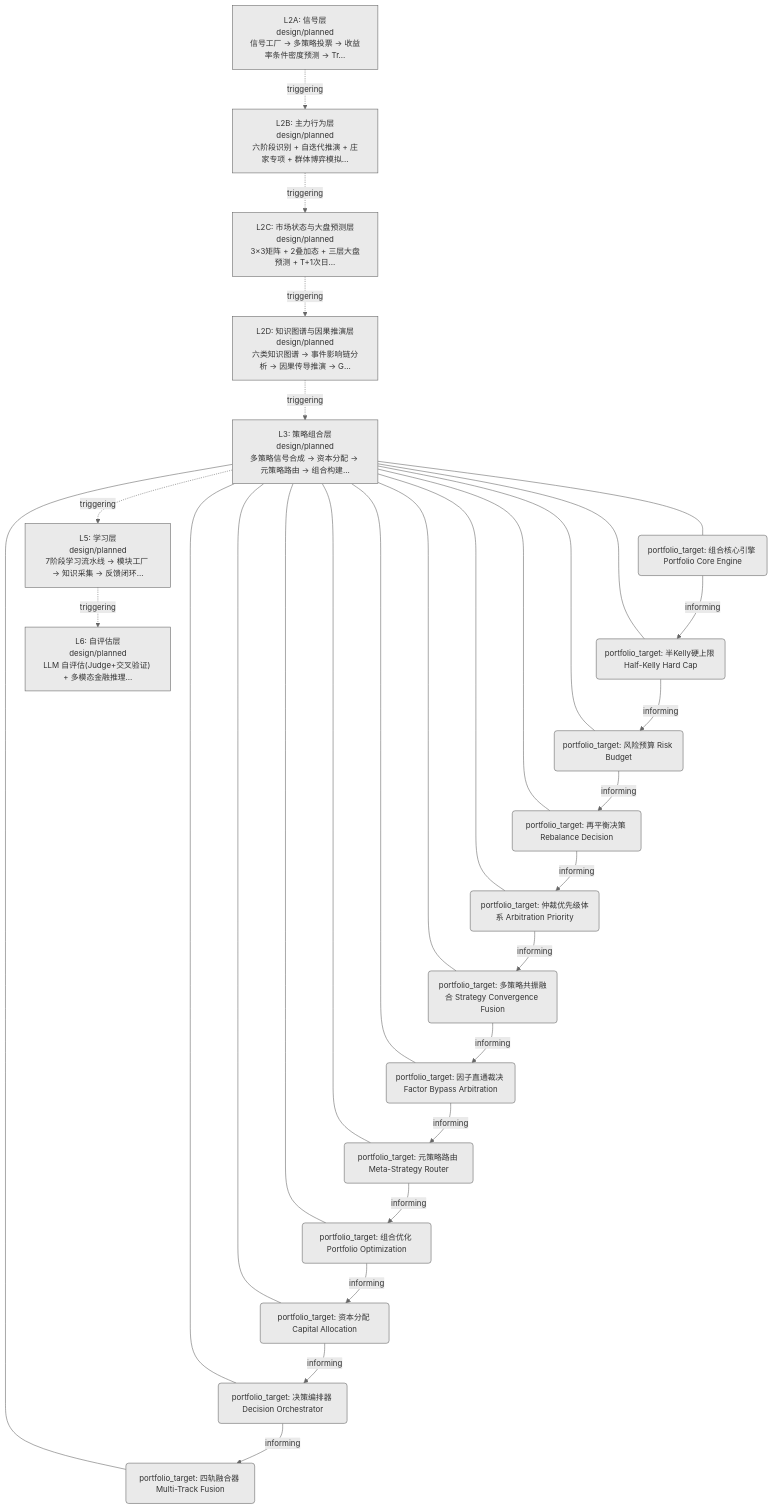
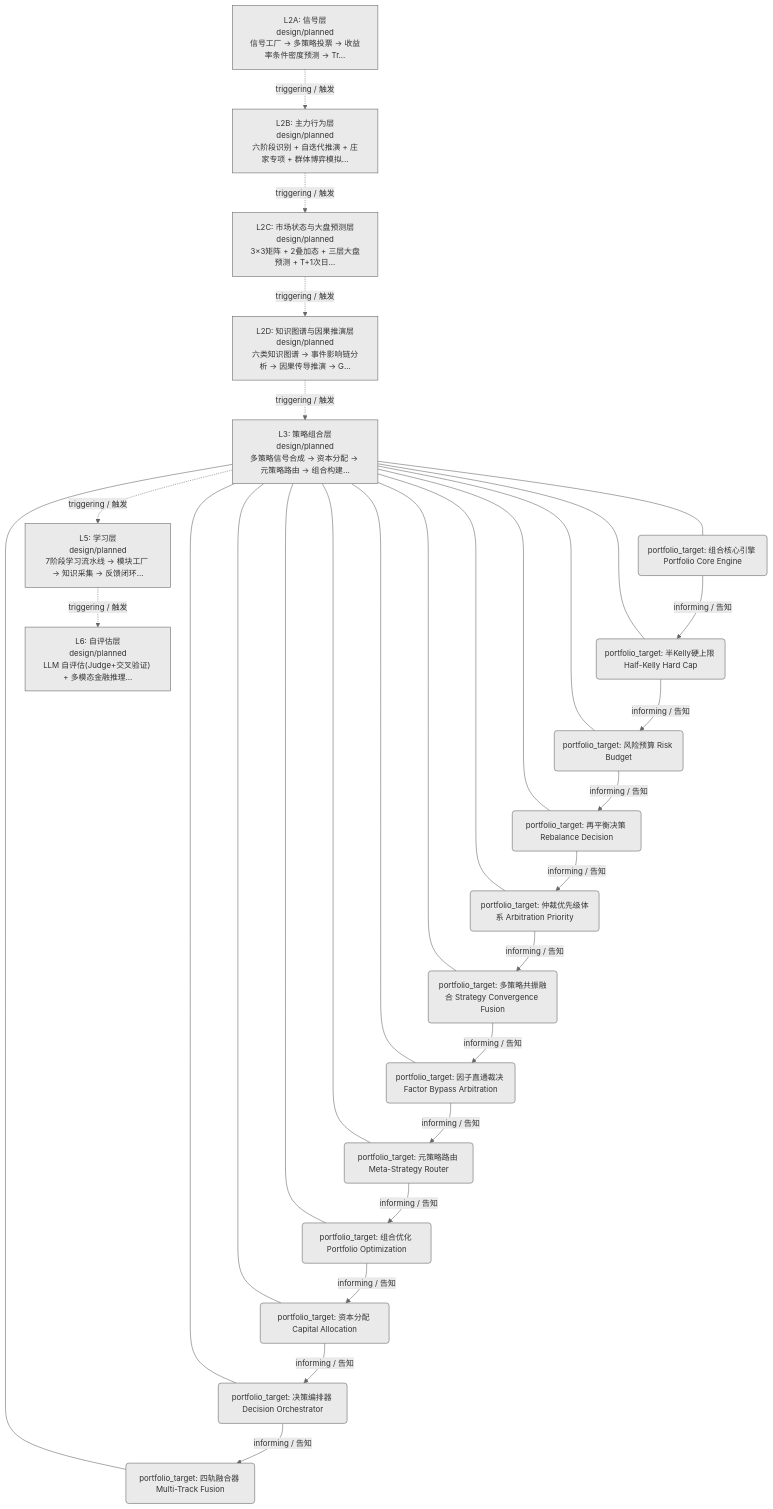
The first of 2 diagrams in docs/02_enterprise_architecture/06_decision_architecture/17_decision_l3_pf_core.md (xuanFelixVan/ZephyrAlpha), drawn with Mermaid before and after one commit. The commit also changed other lines of this file and 23 other files, not shown here.

First line of the commit message:
feat(decision-diagram): mermaid 边标签加中文（triggering/触发 等）

````diff
--- a/docs/02_enterprise_architecture/06_decision_architecture/17_decision_l3_pf_core.md
+++ b/docs/02_enterprise_architecture/06_decision_architecture/17_decision_l3_pf_core.md
@@ -21,52 +21,52 @@
 ```mermaid
 %%{init: {'theme': 'base', 'themeVariables': {'primaryColor': '#eaeaea', 'primaryTextColor': '#333333', 'primaryBorderColor': '#666666', 'lineColor': '#666666', 'secondaryColor': '#eaeaea', 'tertiaryColor': '#eaeaea', 'fontSize': '14px'}}}%%
 flowchart TD
     LL2A["L2A: 信号层<br/>design/planned<br/>信号工厂 → 多策略投票 → 收益率条件密度预测 → Tr…"]
     LL2B["L2B: 主力行为层<br/>design/planned<br/>六阶段识别 + 自迭代推演 + 庄家专项 + 群体博弈模拟…"]
     LL2C["L2C: 市场状态与大盘预测层<br/>design/planned<br/>3×3矩阵 + 2叠加态 + 三层大盘预测 + T+1次日…"]
     LL2D["L2D: 知识图谱与因果推演层<br/>design/planned<br/>六类知识图谱 → 事件影响链分析 → 因果传导推演 → G…"]
     LL3["L3: 策略组合层<br/>design/planned<br/>多策略信号合成 → 资本分配 → 元策略路由 → 组合构建…"]
     N20("portfolio_target: 组合核心引擎 Portfolio Core Engine")
     LL3 --- N20
     N21("portfolio_target: 半Kelly硬上限 Half-Kelly Hard Cap")
     LL3 --- N21
     N22("portfolio_target: 风险预算 Risk Budget")
     LL3 --- N22
     N23("portfolio_target: 再平衡决策 Rebalance Decision")
     LL3 --- N23
     N24("portfolio_target: 仲裁优先级体系 Arbitration Priority")
     LL3 --- N24
     N25("portfolio_target: 多策略共振融合 Strategy Convergence Fusion")
     LL3 --- N25
     N26("portfolio_target: 因子直通裁决 Factor Bypass Arbitration")
     LL3 --- N26
     N27("portfolio_target: 元策略路由 Meta-Strategy Router")
     LL3 --- N27
     N28("portfolio_target: 组合优化 Portfolio Optimization")
     LL3 --- N28
     N29("portfolio_target: 资本分配 Capital Allocation")
     LL3 --- N29
     N30("portfolio_target: 决策编排器 Decision Orchestrator")
     LL3 --- N30
     N31("portfolio_target: 四轨融合器 Multi-Track Fusion")
     LL3 --- N31
     LL5["L5: 学习层<br/>design/planned<br/>7阶段学习流水线 → 模块工厂 → 知识采集 → 反馈闭环…"]
     LL6["L6: 自评估层<br/>design/planned<br/>LLM 自评估(Judge+交叉验证) + 多模态金融推理…"]
-    LL2A -.->|triggering| LL2B
-    LL2B -.->|triggering| LL2C
-    LL2C -.->|triggering| LL2D
-    LL2D -.->|triggering| LL3
-    LL3 -.->|triggering| LL5
-    LL5 -.->|triggering| LL6
-    N20 -->|informing| N21
-    N21 -->|informing| N22
-    N22 -->|informing| N23
-    N23 -->|informing| N24
-    N24 -->|informing| N25
-    N25 -->|informing| N26
-    N26 -->|informing| N27
-    N27 -->|informing| N28
-    N28 -->|informing| N29
-    N29 -->|informing| N30
-    N30 -->|informing| N31
+    LL2A -.->|triggering / 触发| LL2B
+    LL2B -.->|triggering / 触发| LL2C
+    LL2C -.->|triggering / 触发| LL2D
+    LL2D -.->|triggering / 触发| LL3
+    LL3 -.->|triggering / 触发| LL5
+    LL5 -.->|triggering / 触发| LL6
+    N20 -->|informing / 告知| N21
+    N21 -->|informing / 告知| N22
+    N22 -->|informing / 告知| N23
+    N23 -->|informing / 告知| N24
+    N24 -->|informing / 告知| N25
+    N25 -->|informing / 告知| N26
+    N26 -->|informing / 告知| N27
+    N27 -->|informing / 告知| N28
+    N28 -->|informing / 告知| N29
+    N29 -->|informing / 告知| N30
+    N30 -->|informing / 告知| N31
 ```
````
